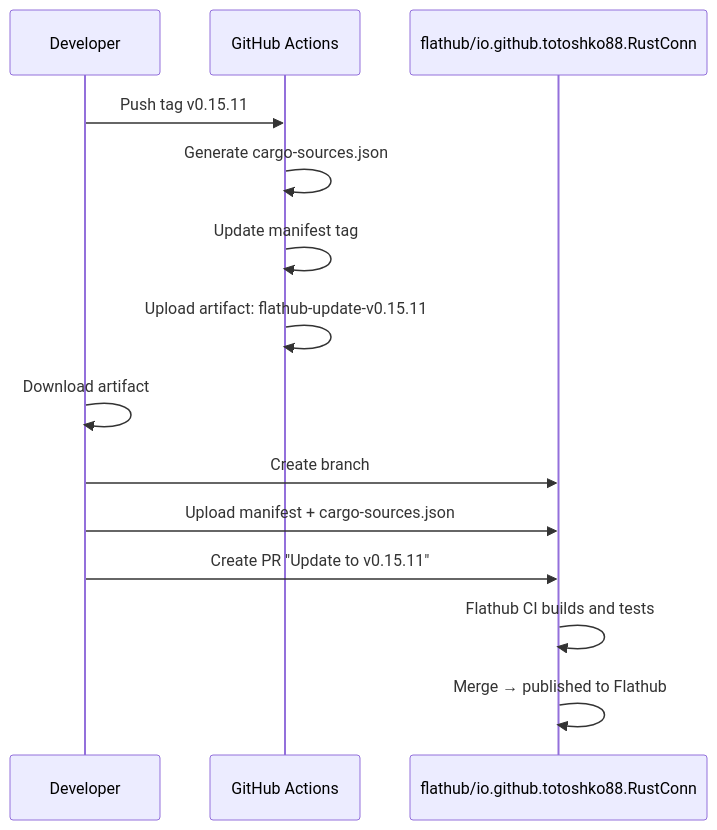
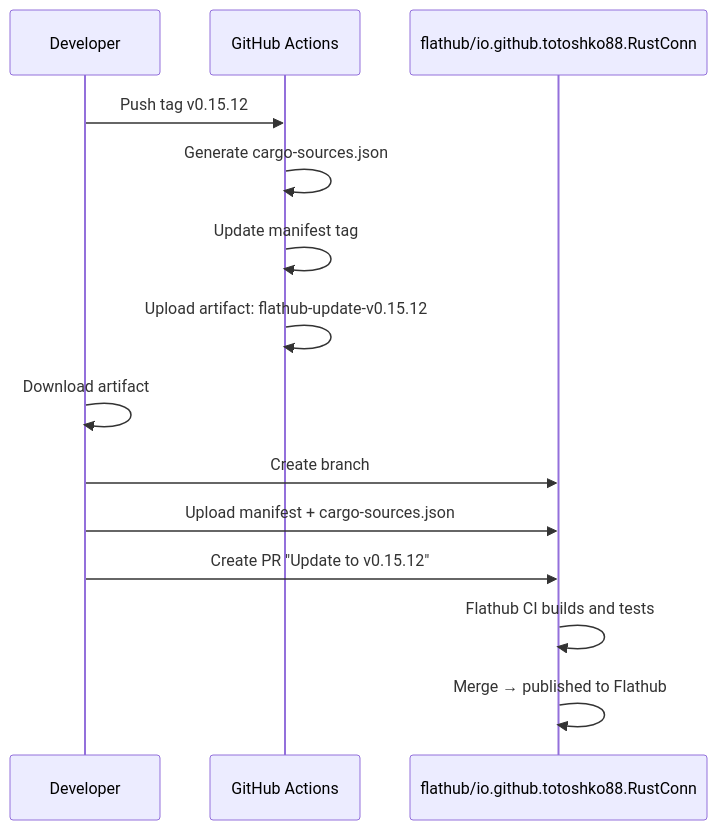
Before and after one commit to shanecaf/RustConn: the sixth of 6 diagrams in docs/CI_BUILD_FLOW.md, drawn with Mermaid. The commit also changed other lines of this file and 23 other files, not shown here.

````diff
--- a/docs/CI_BUILD_FLOW.md
+++ b/docs/CI_BUILD_FLOW.md
@@ -185,18 +185,18 @@
 ```mermaid
 sequenceDiagram
     participant Dev as Developer
     participant GH as GitHub Actions
     participant FH as flathub/io.github.totoshko88.RustConn
 
-    Dev->>GH: Push tag v0.15.11
+    Dev->>GH: Push tag v0.15.12
     GH->>GH: Generate cargo-sources.json
     GH->>GH: Update manifest tag
-    GH->>GH: Upload artifact: flathub-update-v0.15.11
+    GH->>GH: Upload artifact: flathub-update-v0.15.12
 
     Dev->>Dev: Download artifact
     Dev->>FH: Create branch
     Dev->>FH: Upload manifest + cargo-sources.json
-    Dev->>FH: Create PR "Update to v0.15.11"
+    Dev->>FH: Create PR "Update to v0.15.12"
     FH->>FH: Flathub CI builds and tests
     FH->>FH: Merge → published to Flathub
 ```
````
